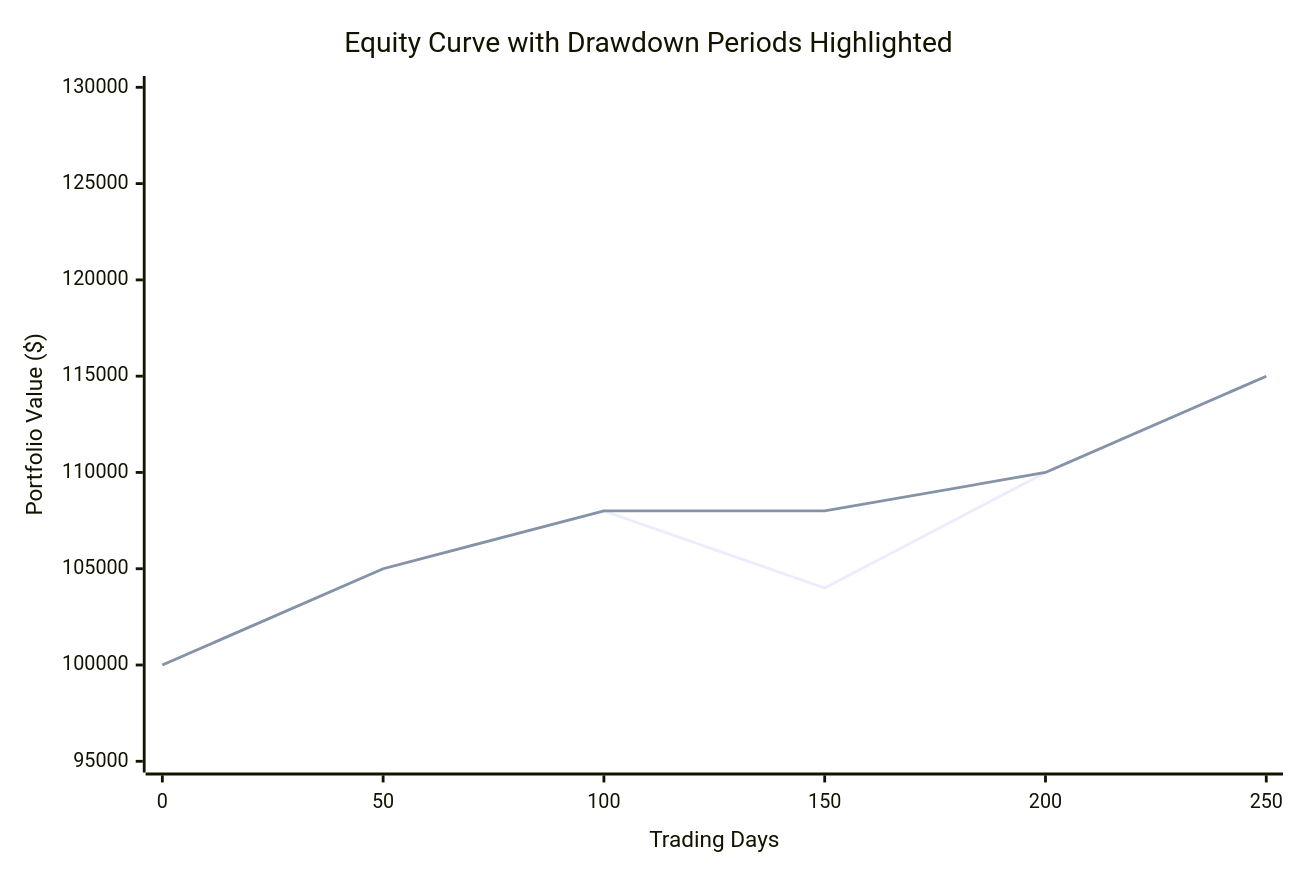
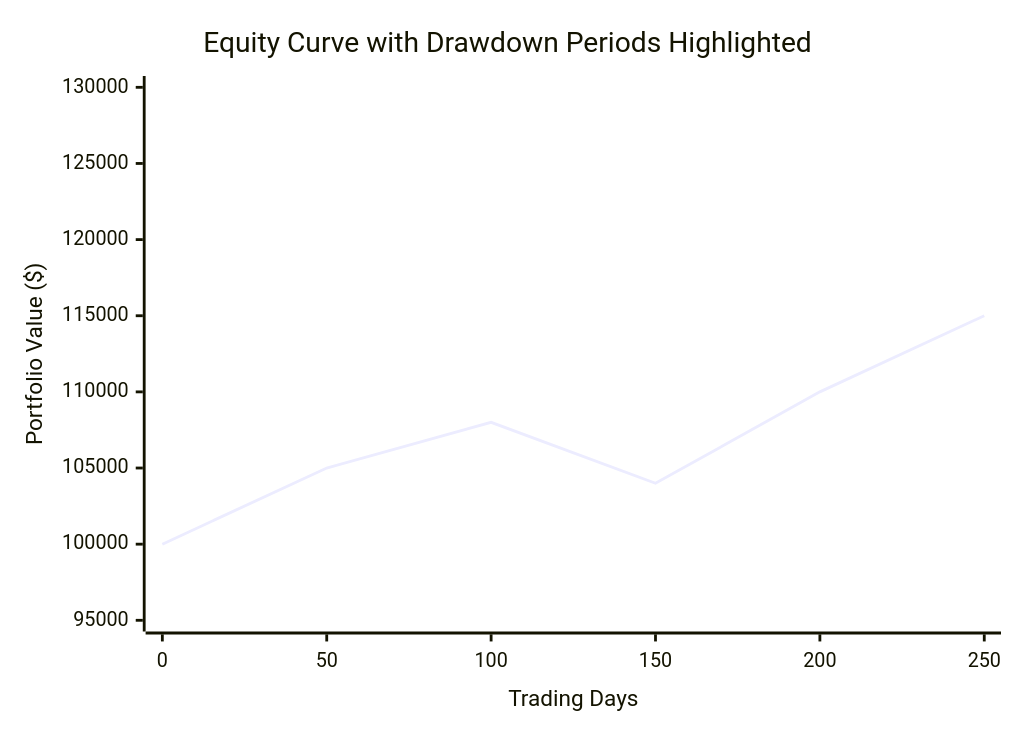
Before and after one commit to openSVM/osvm-cli: the seventh of 7 diagrams in docs/book/09_backtesting.md, drawn with Mermaid. The commit also changed other lines of this file, not shown here.

````diff
--- a/docs/book/09_backtesting.md
+++ b/docs/book/09_backtesting.md
@@ -776,14 +1506,8 @@
 ```mermaid
----
-config:
-  xyChart:
-    width: 900
-    height: 600
----
+%%{init: {'theme':'base', 'themeVariables': {'xyChart': {'backgroundColor': '#ffffff'}}}}%%
 xychart-beta
     title "Equity Curve with Drawdown Periods Highlighted"
     x-axis "Trading Days" [0, 50, 100, 150, 200, 250]
     y-axis "Portfolio Value ($)" 95000 --> 130000
-    line "Strategy Equity" [100000, 105000, 108000, 104000, 110000, 115000, 112000, 118000, 120000, 117000, 122000, 125000]
-    line "Peak Value (Drawdown Reference)" [100000, 105000, 108000, 108000, 110000, 115000, 115000, 118000, 120000, 120000, 122000, 125000]
+    line [100000, 105000, 108000, 104000, 110000, 115000, 112000, 118000, 120000, 117000, 122000, 125000]
 ```
````
